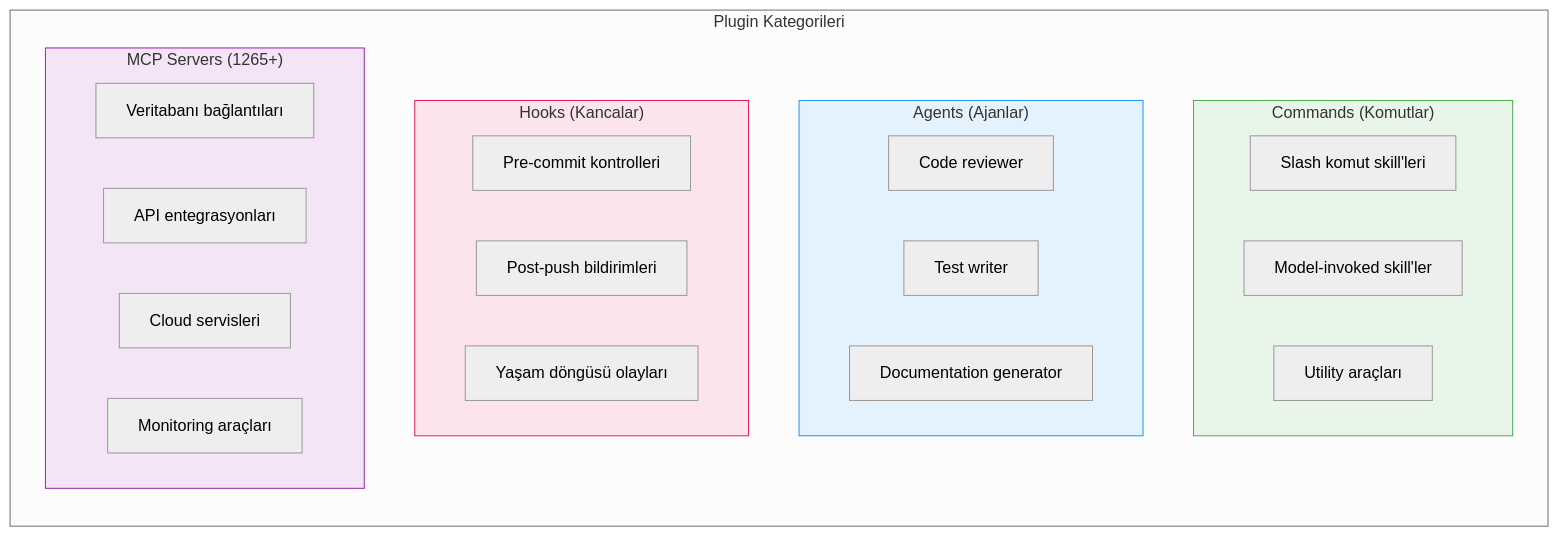
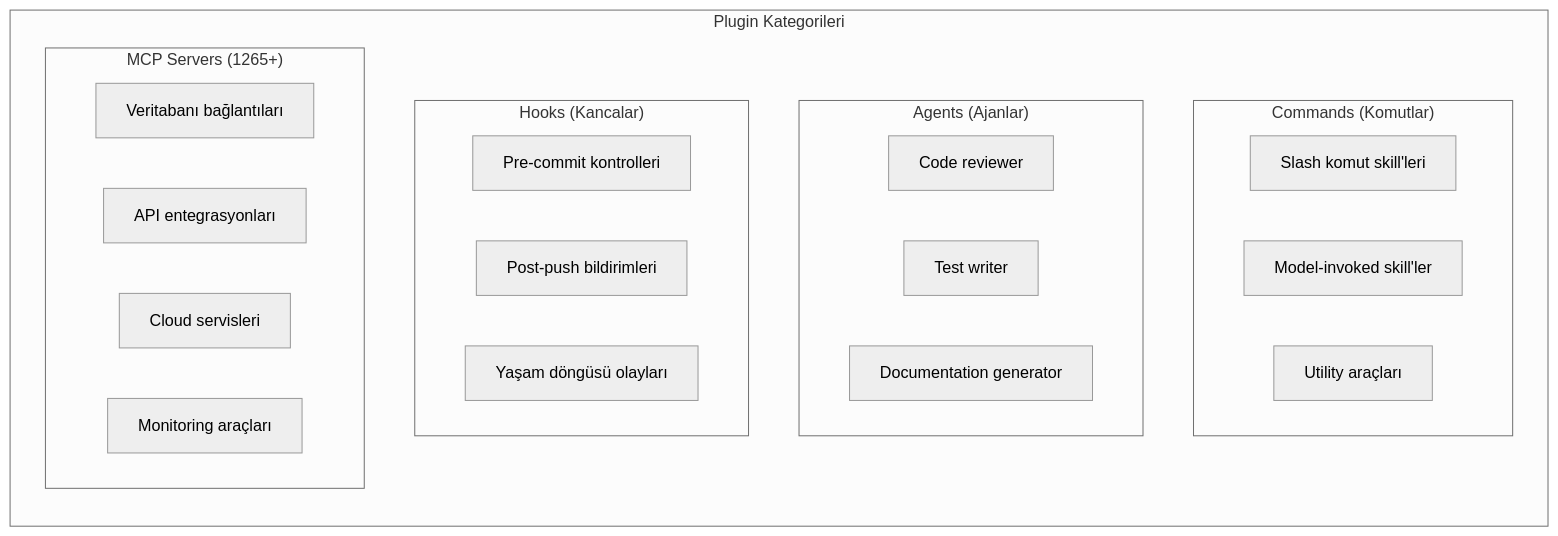
One commit to IzzetYasinAtes/ClaudeCodeHandbook changed the third of 4 diagrams in 12-skills-ve-pluginler/04-plugin-marketplace.md. Above: the diagram before and after it, drawn with Mermaid (neutral theme). The commit also changed other lines of this file and 97 other files, not shown here.

Commit message:
Remove all custom Mermaid style/fill colors from 98 markdown files for consistent dark theme rendering

````diff
--- a/12-skills-ve-pluginler/04-plugin-marketplace.md
+++ b/12-skills-ve-pluginler/04-plugin-marketplace.md
@@ -162,36 +158,32 @@
 ```mermaid
 flowchart TD
     subgraph categories ["Plugin Kategorileri"]
         direction TB
 
         subgraph commands ["Commands (Komutlar)"]
             CMD1["Slash komut skill'leri"]
             CMD2["Model-invoked skill'ler"]
             CMD3["Utility araçları"]
         end
 
         subgraph agents ["Agents (Ajanlar)"]
             AGT1["Code reviewer"]
             AGT2["Test writer"]
             AGT3["Documentation generator"]
         end
 
         subgraph hooks_cat ["Hooks (Kancalar)"]
             HK1["Pre-commit kontrolleri"]
             HK2["Post-push bildirimleri"]
             HK3["Yaşam döngüsü olayları"]
         end
 
         subgraph mcp_cat ["MCP Servers (1265+)"]
             MCP1["Veritabanı bağlantıları"]
             MCP2["API entegrasyonları"]
             MCP3["Cloud servisleri"]
             MCP4["Monitoring araçları"]
         end
     end
 
-    style commands fill:#e8f5e9,stroke:#4caf50
-    style agents fill:#e3f2fd,stroke:#2196f3
-    style hooks_cat fill:#fce4ec,stroke:#e91e63
-    style mcp_cat fill:#f3e5f5,stroke:#9c27b0
 ```
````
